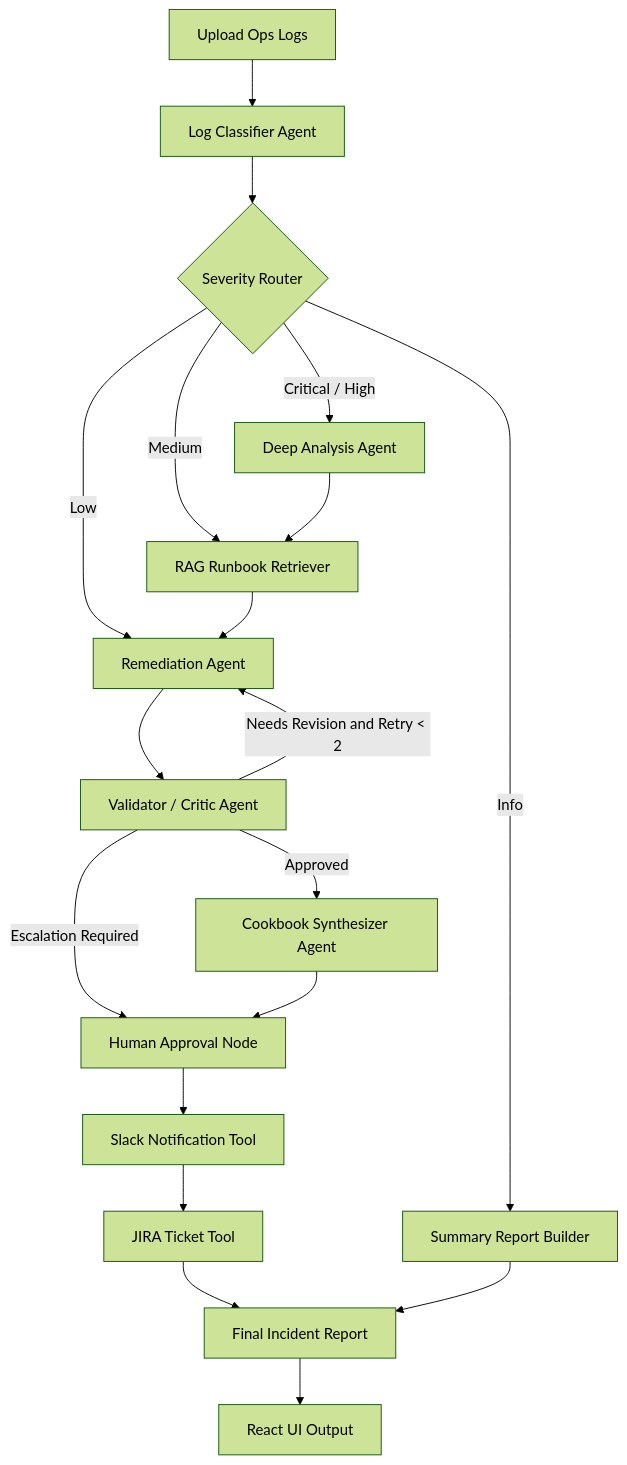
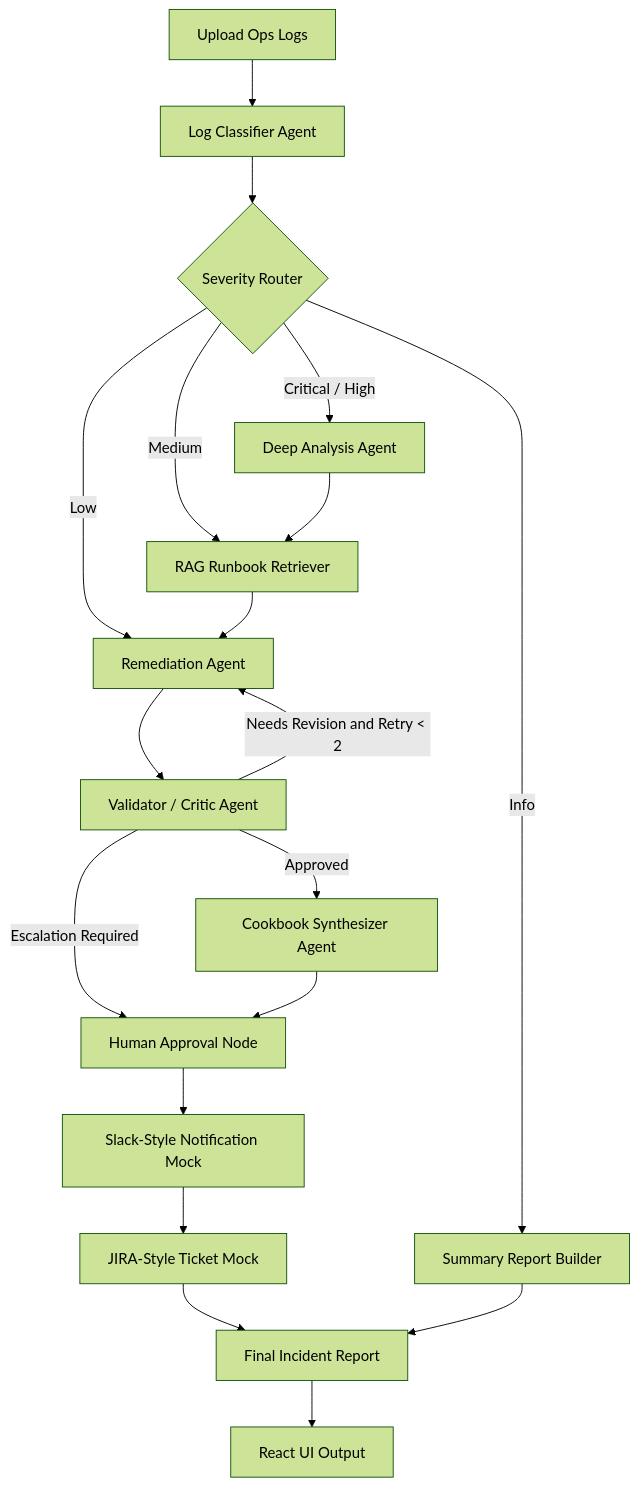
One commit to joyson-fernandes/C6_Hackathon-Group-4 changed the diagram in README.md. Above: the diagram before and after it, drawn with Mermaid (forest theme). The commit also changed other lines of this file and 4 other files, not shown here.

````diff
--- a/README.md
+++ b/README.md
@@ -51,21 +51,21 @@
 ```mermaid
 flowchart TD
     A[Upload Ops Logs] --> B[Log Classifier Agent]
     B --> C{Severity Router}
     C -->|Critical / High| D[Deep Analysis Agent]
     C -->|Medium| E[RAG Runbook Retriever]
     C -->|Low| H[Remediation Agent]
     C -->|Info| G[Summary Report Builder]
     D --> E
     E --> H
     H --> I[Validator / Critic Agent]
     I -->|Needs Revision and Retry &lt; 2| H
     I -->|Approved| J[Cookbook Synthesizer Agent]
     I -->|Escalation Required| K[Human Approval Node]
     J --> K
-    K --> L[Slack Notification Tool]
-    L --> M[JIRA Ticket Tool]
+    K --> L[Slack-Style Notification Mock]
+    L --> M[JIRA-Style Ticket Mock]
     M --> N[Final Incident Report]
     G --> N
     N --> O[React UI Output]
 ```
````
